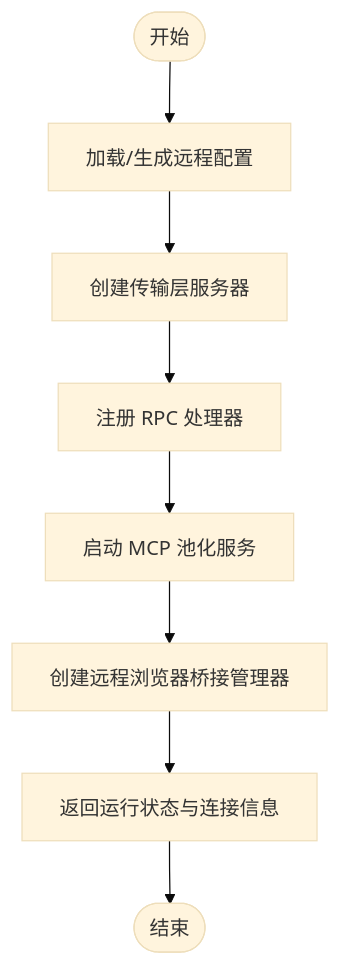
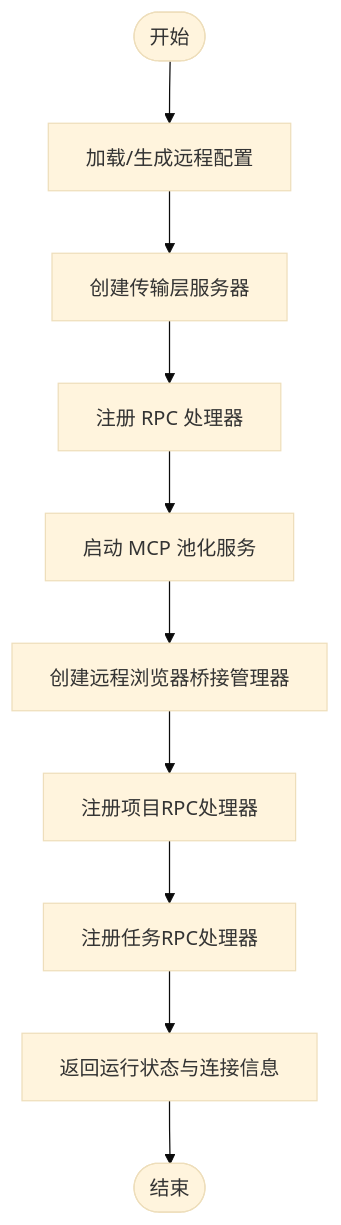
Before and after one commit to haolange/craft-agents-oss: the third of 12 diagrams in .qoder/repowiki/zh/content/服务器架构/服务器核心/服务器核心.md, drawn with Mermaid (base theme). The commit also changed other lines of this file and 8 other files, not shown here.

````diff
--- a/.qoder/repowiki/zh/content/服务器架构/服务器核心/服务器核心.md
+++ b/.qoder/repowiki/zh/content/服务器架构/服务器核心/服务器核心.md
@@ -180,10 +229,12 @@
 ```mermaid
 flowchart TD
 Start(["开始"]) --> LoadCfg["加载/生成远程配置"]
 LoadCfg --> CreateTrans["创建传输层服务器"]
 CreateTrans --> RegisterHandlers["注册 RPC 处理器"]
 RegisterHandlers --> StartMCP["启动 MCP 池化服务"]
 StartMCP --> CreateRBPM["创建远程浏览器桥接管理器"]
-CreateRBPM --> Ready["返回运行状态与连接信息"]
+CreateRBPM --> RegisterProjects["注册项目RPC处理器"]
+RegisterProjects --> RegisterTasks["注册任务RPC处理器"]
+RegisterTasks --> Ready["返回运行状态与连接信息"]
 Ready --> End(["结束"])
 ```
````
